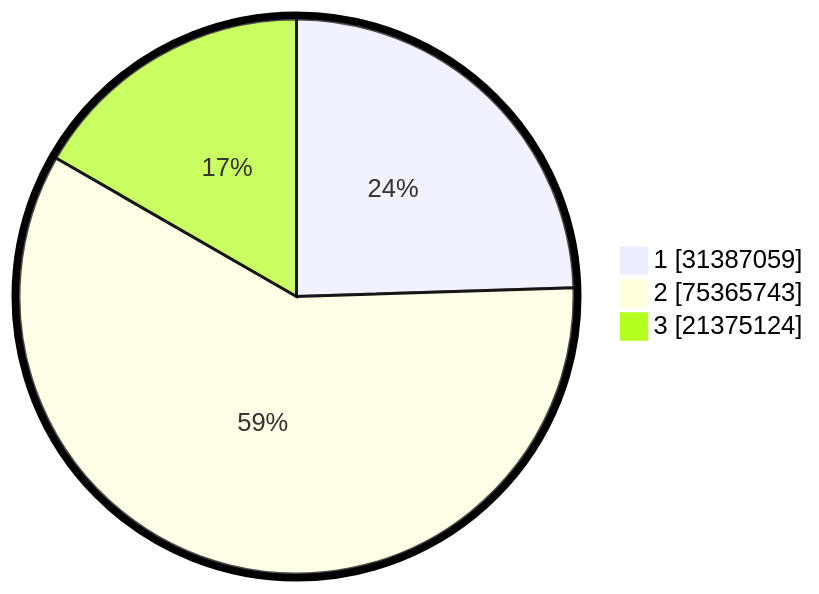
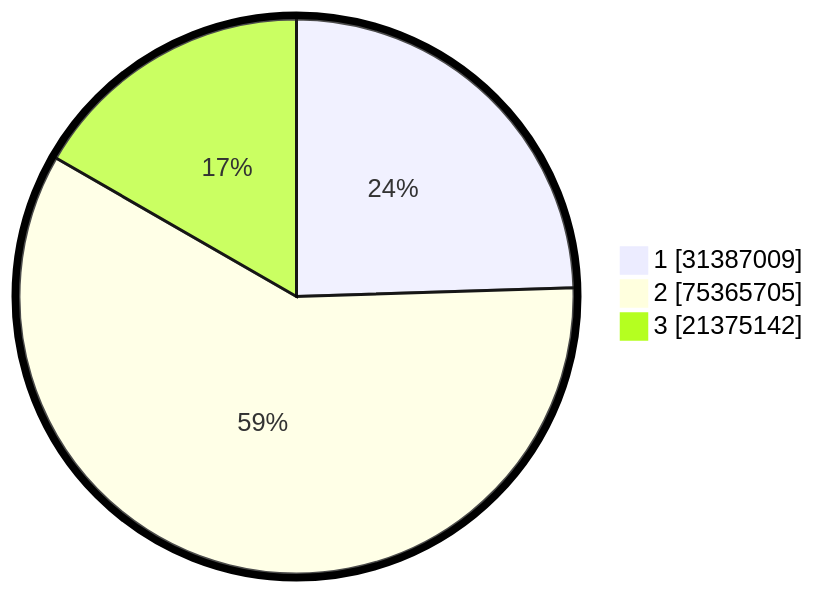
The second of 2 diagrams in pilpres/hitung-suara/README.md (gigit-pemilu/pemilu-2024), drawn with Mermaid before and after one commit. The commit also changed other lines of this file and 6 other files, not shown here.

````diff
--- a/pilpres/hitung-suara/README.md
+++ b/pilpres/hitung-suara/README.md
@@ -93,7 +93,7 @@
 ```mermaid
 %%{init: {"pie": {"textPosition": 0.5}, "themeVariables": {"pieOuterStrokeWidth": "5px"}} }%%
 pie showData
-    "1" : 31387059
-    "2" : 75365743
-    "3" : 21375124
+    "1" : 31387009
+    "2" : 75365705
+    "3" : 21375142
 ```
````
